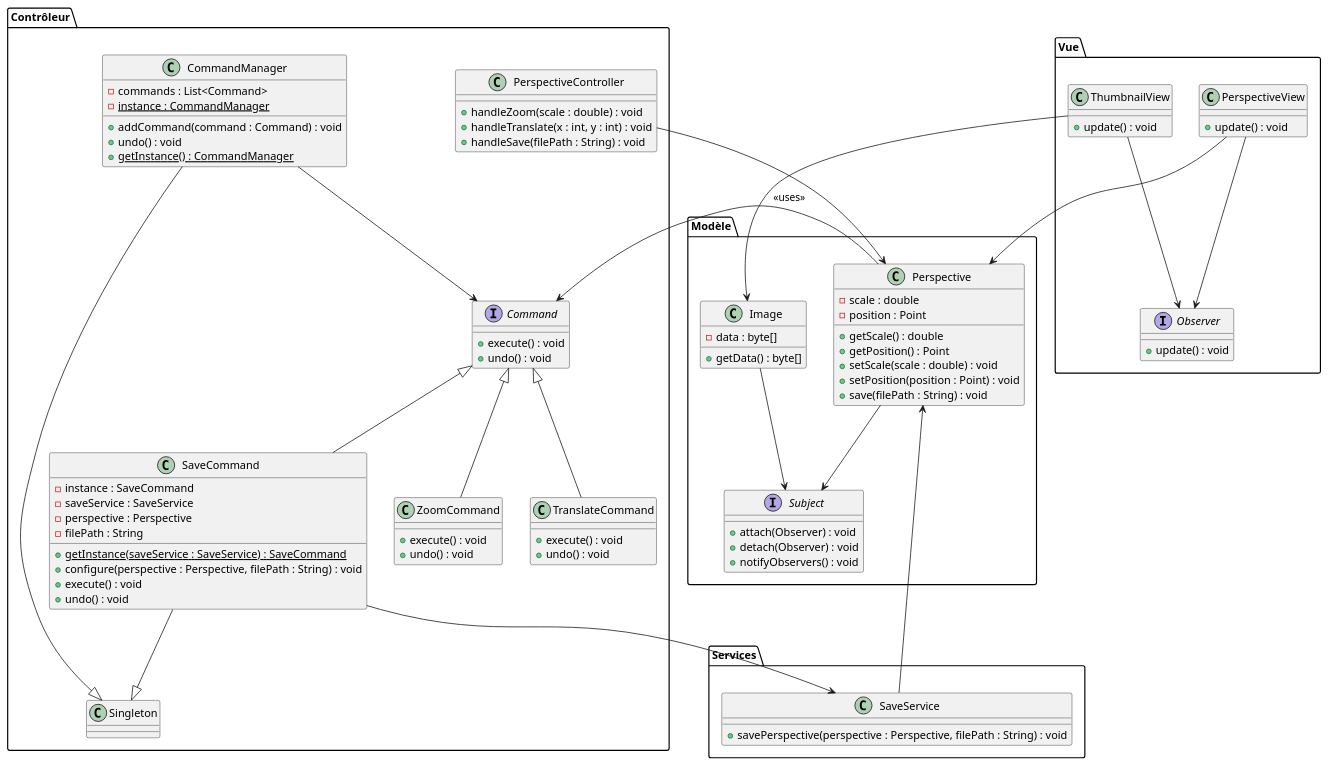
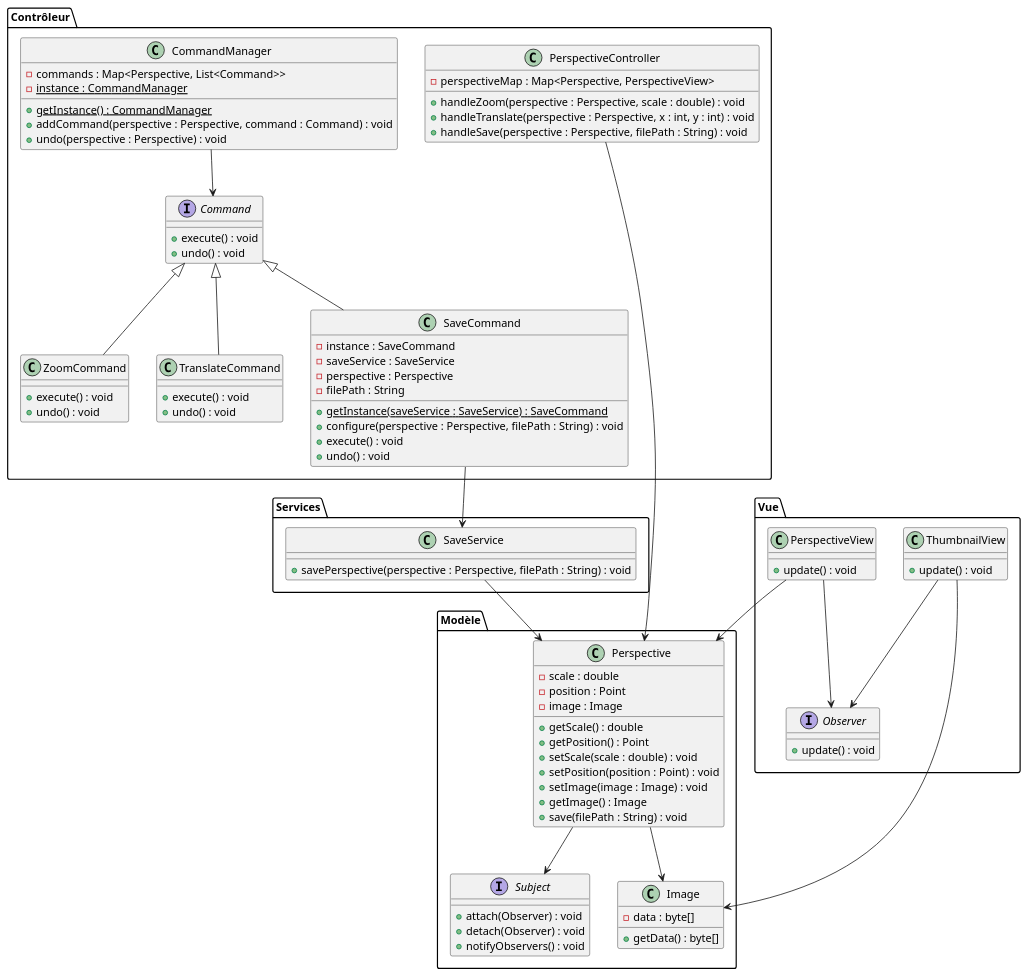
One commit to Apologieze/LAB5 changed the diagram in src/main/diagram.puml. Above: the diagram before and after it, drawn with PlantUML.

Commit message:
Update diagram.puml remove singleton, image not updatable anymore, map of controller et command

```diff
--- a/src/main/diagram.puml
+++ b/src/main/diagram.puml
@@ -1,112 +1,114 @@
 @startuml
 ' Define main packages for MVC structure
 package "Modèle" {
     class Image {
         - data : byte[]
         + getData() : byte[]
     }
 
     class Perspective {
         - scale : double
         - position : Point
+        - image : Image
         + getScale() : double
         + getPosition() : Point
         + setScale(scale : double) : void
         + setPosition(position : Point) : void
+        + setImage(image : Image) : void
+        + getImage() : Image
         + save(filePath : String) : void
     }
 
     interface Subject {
         + attach(Observer) : void
         + detach(Observer) : void
         + notifyObservers() : void
     }
 
-    Image --> Subject
     Perspective --> Subject
+    Perspective --> Image
 }
 
 package "Services" {
     class SaveService {
         + savePerspective(perspective : Perspective, filePath : String) : void
     }
 }
 
 package "Vue" {
     interface Observer {
         + update() : void
     }
 
     class ThumbnailView {
         + update() : void
     }
 
     class PerspectiveView {
         + update() : void
     }
 
     ThumbnailView --> Observer
     PerspectiveView --> Observer
 }
 
 package "Contrôleur" {
     interface Command {
         + execute() : void
         + undo() : void
     }
 
     class ZoomCommand {
         + execute() : void
         + undo() : void
     }
 
     class TranslateCommand {
         + execute() : void
         + undo() : void
     }
 
     Command <|-- ZoomCommand
     Command <|-- TranslateCommand
 
     ' Singleton implementation for SaveCommand
     class SaveCommand {
         - instance : SaveCommand
         - saveService : SaveService
         - perspective : Perspective
         - filePath : String
         {static} + getInstance(saveService : SaveService) : SaveCommand
         + configure(perspective : Perspective, filePath : String) : void
         + execute() : void
         + undo() : void
     }
 
     Command <|-- SaveCommand
-    SaveCommand --|> Singleton
 
+    ' Singleton implementation for CommandManager
     class CommandManager {
-        - commands : List<Command>
-        + addCommand(command : Command) : void
-        + undo() : void
+        - commands : Map<Perspective, List<Command>>
         {static} - instance : CommandManager
         {static} + getInstance() : CommandManager
+        + addCommand(perspective : Perspective, command : Command) : void
+        + undo(perspective : Perspective) : void
     }
 
     CommandManager --> Command
-    CommandManager --|> Singleton
 
     class PerspectiveController {
-        + handleZoom(scale : double) : void
-        + handleTranslate(x : int, y : int) : void
-        + handleSave(filePath : String) : void
+        - perspectiveMap : Map<Perspective, PerspectiveView>
+        + handleZoom(perspective : Perspective, scale : double) : void
+        + handleTranslate(perspective : Perspective, x : int, y : int) : void
+        + handleSave(perspective : Perspective, filePath : String) : void
     }
 
     PerspectiveController --> Perspective
     SaveCommand --> SaveService
 }
 
 ' Relationships between model, view, and controller
-Perspective --> Command : <<uses>>
 ThumbnailView --> Image
 PerspectiveView --> Perspective
 SaveService --> Perspective
 @enduml
```
